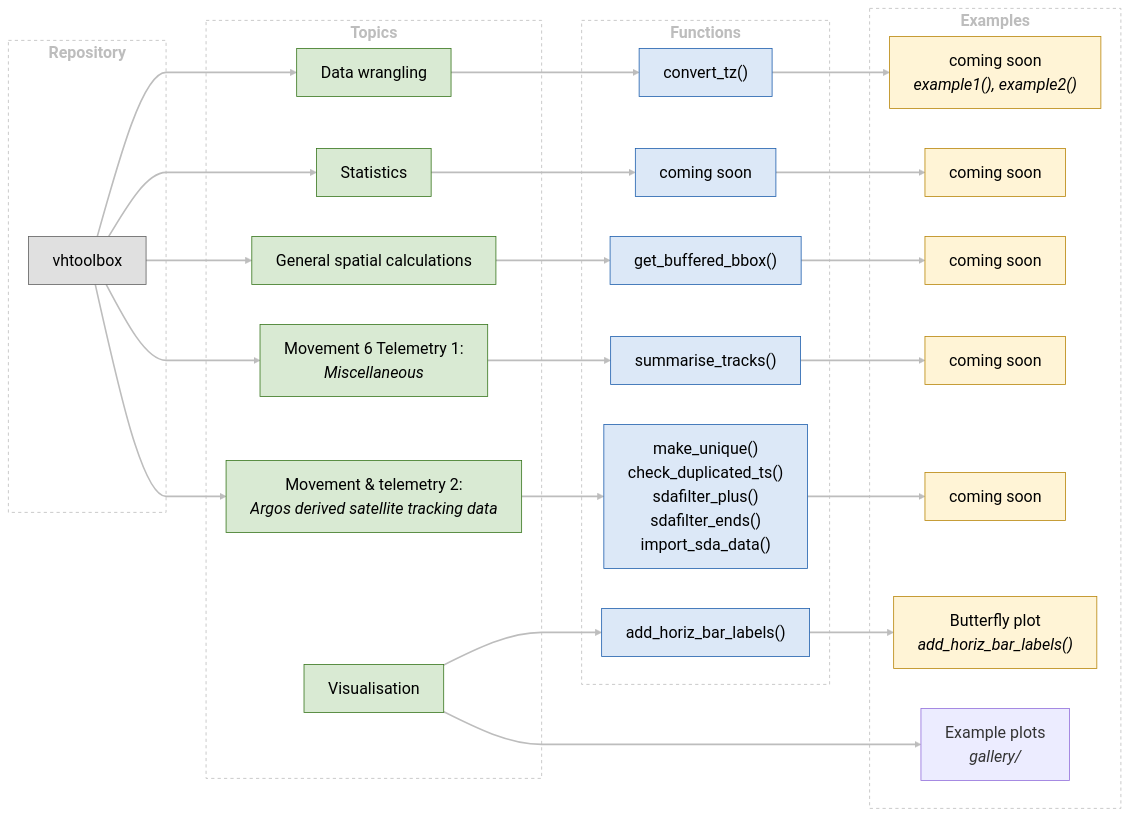
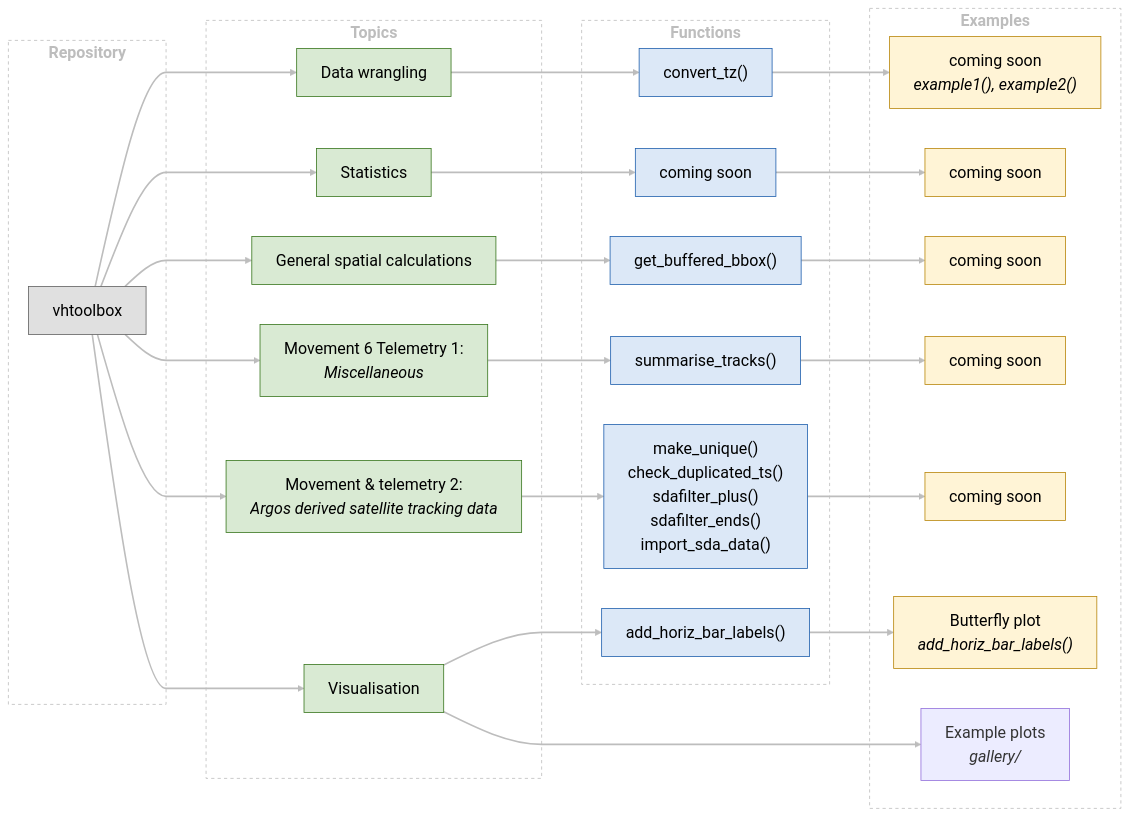
The diagram in README.md (vheim/vhtoolbox), drawn with Mermaid before and after one commit.

Commit message:
arrow connection between vhtoolbox and visualisation in mermaid

````diff
--- a/README.md
+++ b/README.md
@@ -25,72 +25,72 @@
 ```mermaid
 ---
 config:
   theme: default
   themeVariables:
     fontSize: 20px
     lineColor: "#BDBDBD"
   themeCSS: ".marker { overflow: visible; } .marker path { transform: scale(1.5); transform-origin: 10px 5px; }"
   look: classic
   layout: dagre
   flowchart:
     curve: monotoneX
     wrappingWidth: 400
 ---
 flowchart LR
   subgraph L1["`**Repository**`"]
     R["vhtoolbox"]
   end
   subgraph L2["`**Topics**`"]
     T1["Data wrangling"]
     T2["Statistics"]
     T3["General spatial calculations"]
     T4["Movement 6 Telemetry 1:<br/><i>Miscellaneous</i>"]
     T5["Movement & telemetry 2:<br/><i>Argos derived satellite tracking data</i>"]
     T6["Visualisation"]
   end
   subgraph L3["`**Functions**`"]
     F1["convert_tz()"]
     F2["coming soon"]
     F3["get_buffered_bbox()"]
     F4["summarise_tracks()"]
     F5["make_unique()<br/>check_duplicated_ts()<br/>sdafilter_plus()<br/>sdafilter_ends()<br/>import_sda_data()"]
     F6["add_horiz_bar_labels()"]
   end
   subgraph L4["`**Examples**`"]
     E1["coming soon<br/><i>example1(), example2()</i>"]
     E2["coming soon"]
     E3["coming soon"]
     E4["coming soon"]
     E5["coming soon"]
     E6["Butterfly plot<br/><i>add_horiz_bar_labels()</i>"]
     G6["Example plots<br/><i>gallery/</i>"]
   end
 
-  R --> T1 & T2 & T3 & T4 & T5
+  R --> T1 & T2 & T3 & T4 & T5 & T6
   T1 --> F1 --> E1
   T2 --> F2 --> E2
   T3 --> F3 --> E3
   T4 --> F4 --> E4
   T5 --> F5 --> E5
   T6 --> F6 --> E6
   T6 ---> G6
 
   %% One example box per topic: replace "coming soon" with the example name(s),
   %% each followed by the functions it uses in italics, e.g.
   %%   E4["Rexample_sdafilter_plus.R<br/><i>sdafilter_plus(), sdafilter_ends()</i>"]
   %% ---> (three dashes) skips one column: Visualisation -> gallery box in the Examples column
 
   classDef repo     fill:#E0E0E0,stroke:#616161,color:#000;
   classDef topic    fill:#D9EAD3,stroke:#38761D,color:#000;
   classDef func     fill:#DCE8F7,stroke:#1F5FAD,color:#000;
   classDef example  fill:#FFF4D6,stroke:#B8860B,color:#000;
   classDef gallery  fill:#F3E5F5,stroke:#7B1FA2,color:#000;
   classDef level    fill:none,stroke:#BDBDBD,stroke-dasharray:4 4,color:#BDBDBD;
   class R repo;
   class T1,T2,T3,T4,T5,T6 topic;
   class F1,F2,F3,F4,F5,F6 func;
   class E1,E2,E3,E4,E5,E6 example;
   class G5 gallery;
   class L1,L2,L3,L4 level;
   linkStyle default stroke:#BDBDBD,stroke-width:2.0px;
 ```
````
